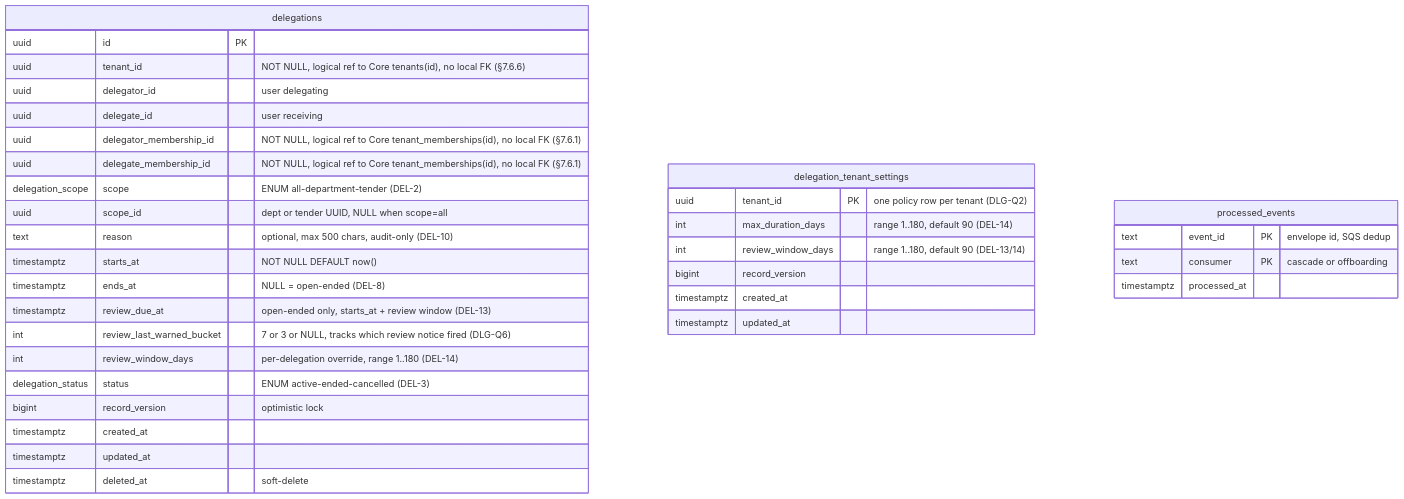
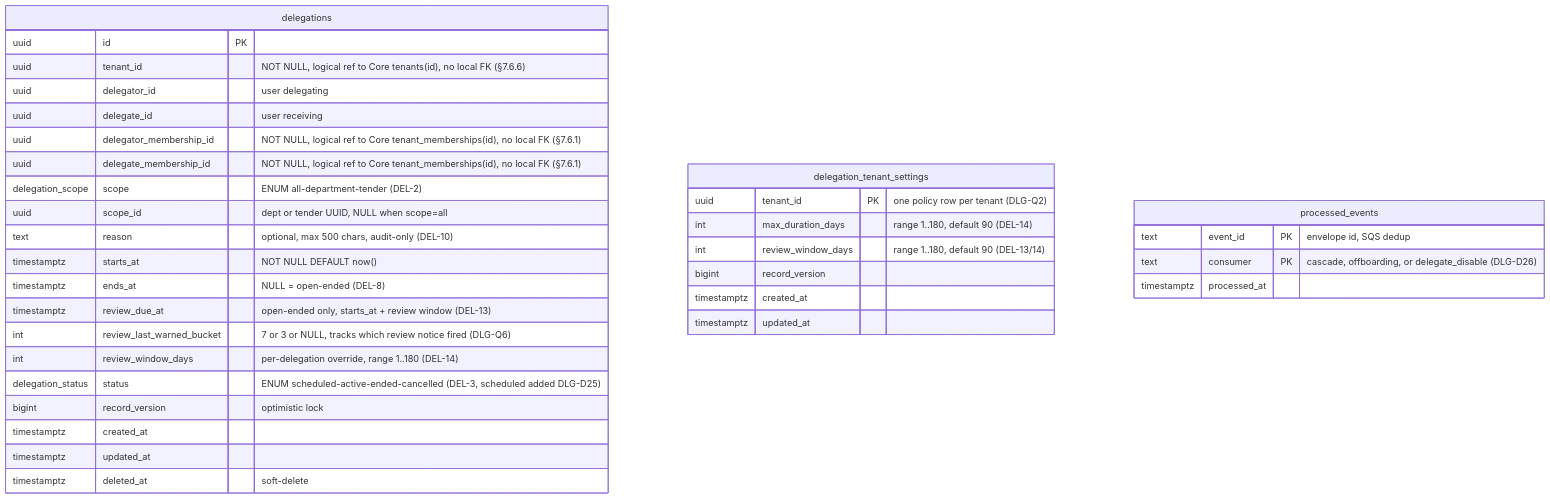
The third of 13 diagrams in ARCHITECTURE.md (BCBP-SOLUTIONS-FZC-LLC/iam-delegation), drawn with Mermaid before and after one commit. The commit also changed other lines of this file and 139 other files, not shown here.

````diff
--- a/ARCHITECTURE.md
+++ b/ARCHITECTURE.md
@@ -172,37 +251,37 @@
 ```mermaid
 erDiagram
     delegations {
         uuid id PK
         uuid tenant_id "NOT NULL, logical ref to Core tenants(id), no local FK (§7.6.6)"
         uuid delegator_id "user delegating"
         uuid delegate_id "user receiving"
         uuid delegator_membership_id "NOT NULL, logical ref to Core tenant_memberships(id), no local FK (§7.6.1)"
         uuid delegate_membership_id "NOT NULL, logical ref to Core tenant_memberships(id), no local FK (§7.6.1)"
         delegation_scope scope "ENUM all-department-tender (DEL-2)"
         uuid scope_id "dept or tender UUID, NULL when scope=all"
         text reason "optional, max 500 chars, audit-only (DEL-10)"
         timestamptz starts_at "NOT NULL DEFAULT now()"
         timestamptz ends_at "NULL = open-ended (DEL-8)"
         timestamptz review_due_at "open-ended only, starts_at + review window (DEL-13)"
         int review_last_warned_bucket "7 or 3 or NULL, tracks which review notice fired (DLG-Q6)"
         int review_window_days "per-delegation override, range 1..180 (DEL-14)"
-        delegation_status status "ENUM active-ended-cancelled (DEL-3)"
+        delegation_status status "ENUM scheduled-active-ended-cancelled (DEL-3, scheduled added DLG-D25)"
         bigint record_version "optimistic lock"
         timestamptz created_at
         timestamptz updated_at
         timestamptz deleted_at "soft-delete"
     }
     delegation_tenant_settings {
         uuid tenant_id PK "one policy row per tenant (DLG-Q2)"
         int max_duration_days "range 1..180, default 90 (DEL-14)"
         int review_window_days "range 1..180, default 90 (DEL-13/14)"
         bigint record_version
         timestamptz created_at
         timestamptz updated_at
     }
     processed_events {
         text event_id PK "envelope id, SQS dedup"
-        text consumer PK "cascade or offboarding"
+        text consumer PK "cascade, offboarding, or delegate_disable (DLG-D26)"
         timestamptz processed_at
     }
 ```
````
